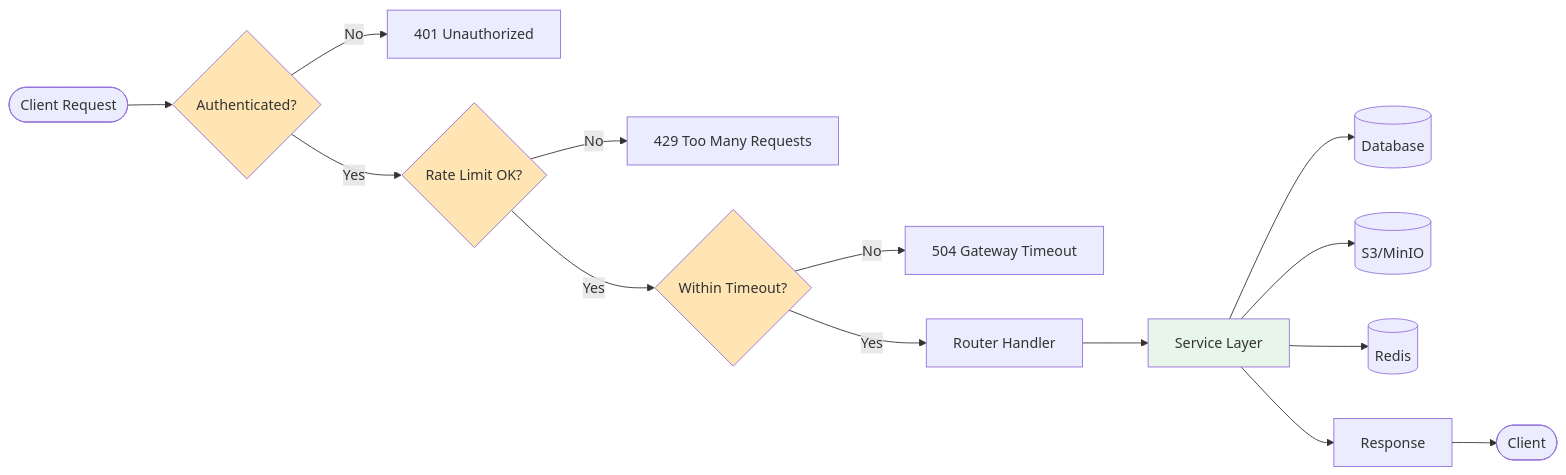
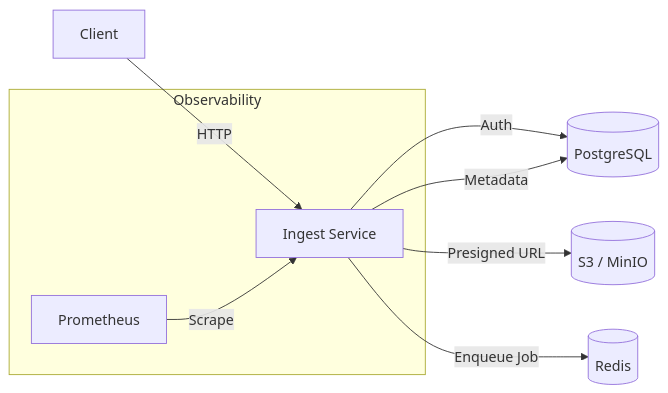
The diagram in ingest-service/README.md (kietitmo/kietitmo-log-analytic-platform), drawn with Mermaid before and after one commit. The commit also changed other lines of this file and 12 other files, not shown here.

First line of the commit message:
feat(ingest): harden service for production readiness

````diff
--- a/ingest-service/README.md
+++ b/ingest-service/README.md
@@ -1062,21 +35,12 @@
 ```mermaid
-flowchart LR
-    Start([Client Request]) --> Auth{Authenticated?}
-    Auth -->|No| Reject[401 Unauthorized]
-    Auth -->|Yes| RateLimit{Rate Limit OK?}
-    RateLimit -->|No| RateLimitError[429 Too Many Requests]
-    RateLimit -->|Yes| Timeout{Within Timeout?}
-    Timeout -->|No| TimeoutError[504 Gateway Timeout]
-    Timeout -->|Yes| Router[Router Handler]
-    Router --> Service[Service Layer]
-    Service --> DB[(Database)]
-    Service --> Storage[(S3/MinIO)]
-    Service --> Queue[(Redis)]
-    Service --> Response[Response]
-    Response --> End([Client])
+graph LR
+    Client[Client] -->|HTTP| API[Ingest Service]
+    API -->|Auth| DB[(PostgreSQL)]
+    API -->|Metadata| DB
+    API -->|Presigned URL| S3[(S3 / MinIO)]
+    API -->|Enqueue Job| Redis[(Redis)]
     
-    style Auth fill:#FFE5B4
-    style RateLimit fill:#FFE5B4
-    style Timeout fill:#FFE5B4
-    style Service fill:#E8F5E9
+    subgraph Observability
+        Prometheus -->|Scrape| API
+    end
 ```
````
